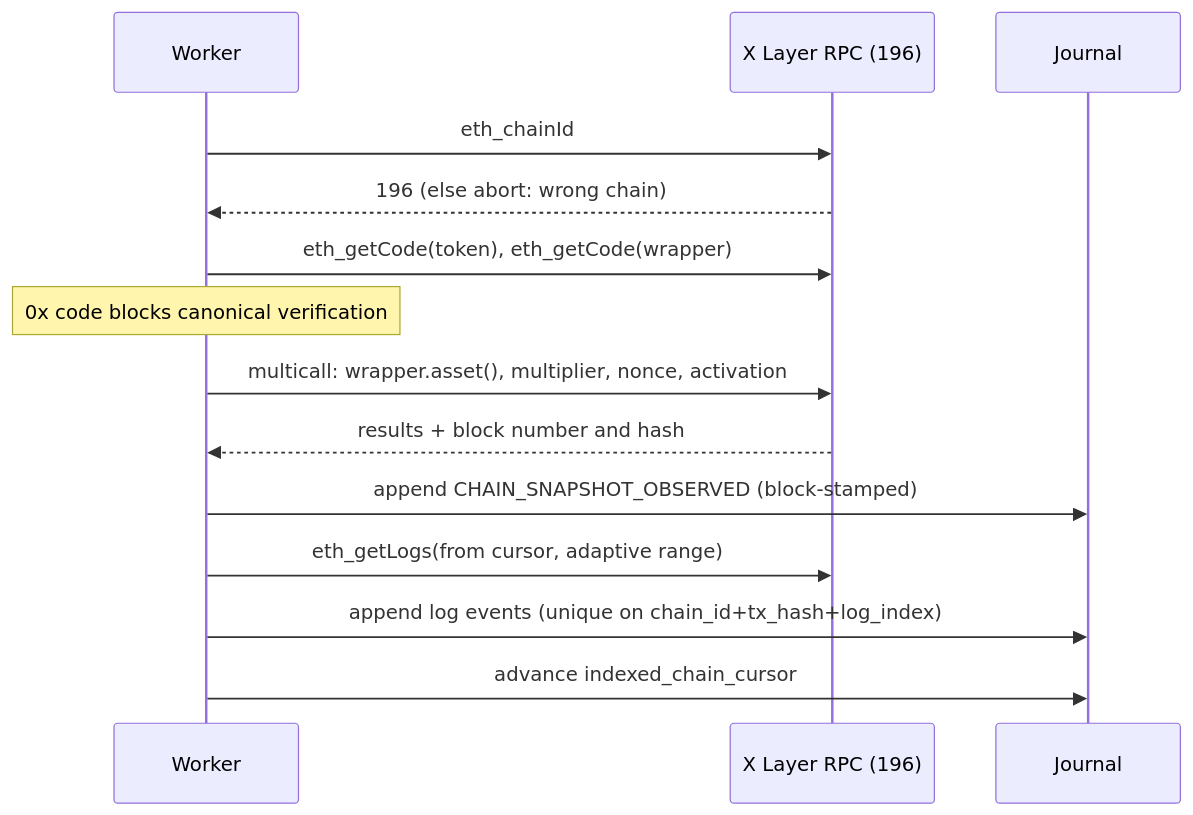
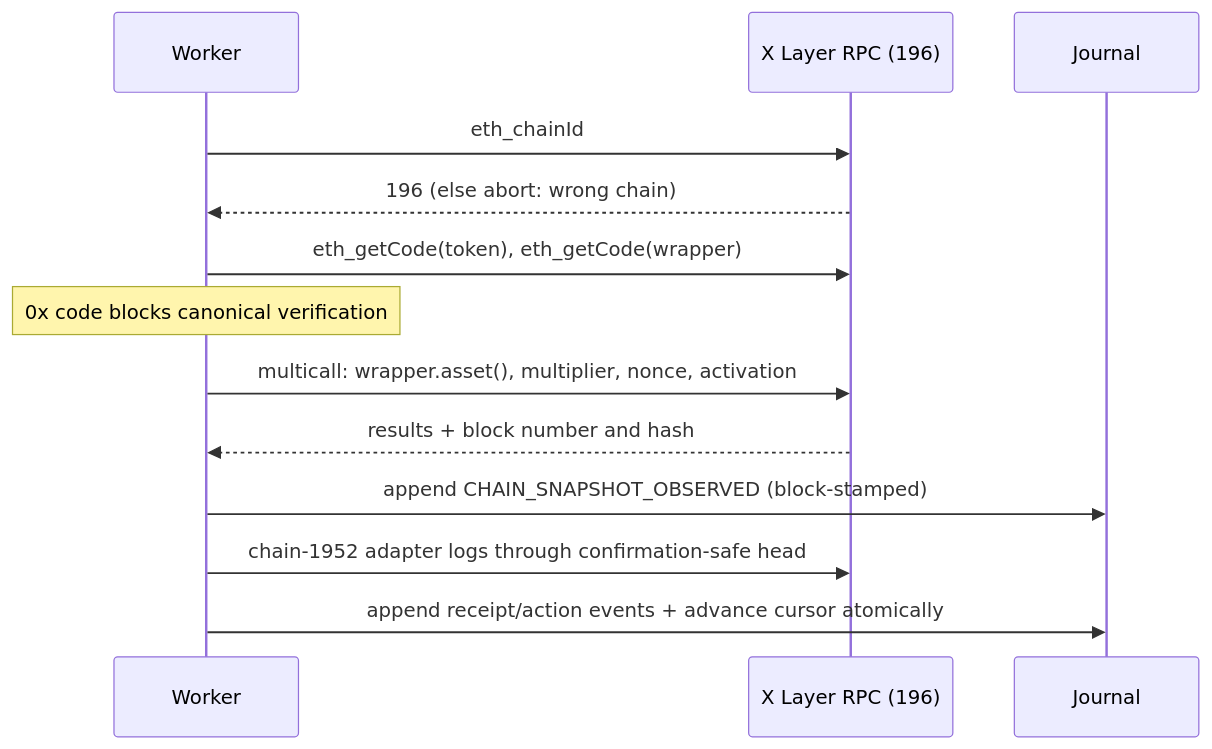
Before and after one commit to gnanam1990/corporate-action-guard: the second of 4 diagrams in docs/architecture/data-flow.md, drawn with Mermaid. The commit also changed other lines of this file and 90 other files, not shown here.

````diff
--- a/docs/architecture/data-flow.md
+++ b/docs/architecture/data-flow.md
@@ -25,16 +25,15 @@
 ```mermaid
 sequenceDiagram
   participant W as Worker
   participant R as X Layer RPC (196)
   participant DB as Journal
   W->>R: eth_chainId
   R-->>W: 196 (else abort: wrong chain)
   W->>R: eth_getCode(token), eth_getCode(wrapper)
   Note over W: 0x code blocks canonical verification
   W->>R: multicall: wrapper.asset(), multiplier, nonce, activation
   R-->>W: results + block number and hash
   W->>DB: append CHAIN_SNAPSHOT_OBSERVED (block-stamped)
-  W->>R: eth_getLogs(from cursor, adaptive range)
-  W->>DB: append log events (unique on chain_id+tx_hash+log_index)
-  W->>DB: advance indexed_chain_cursor
+  W->>R: chain-1952 adapter logs through confirmation-safe head
+  W->>DB: append receipt/action events + advance cursor atomically
 ```
````
